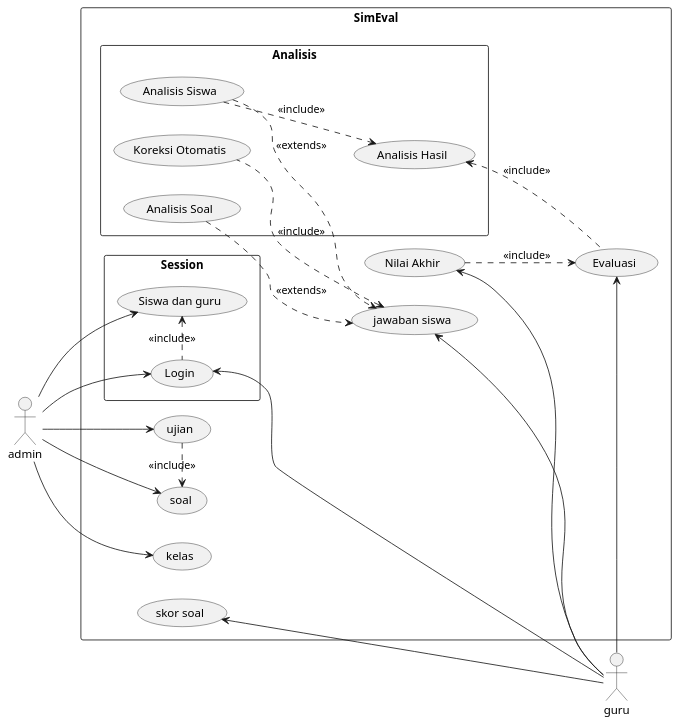
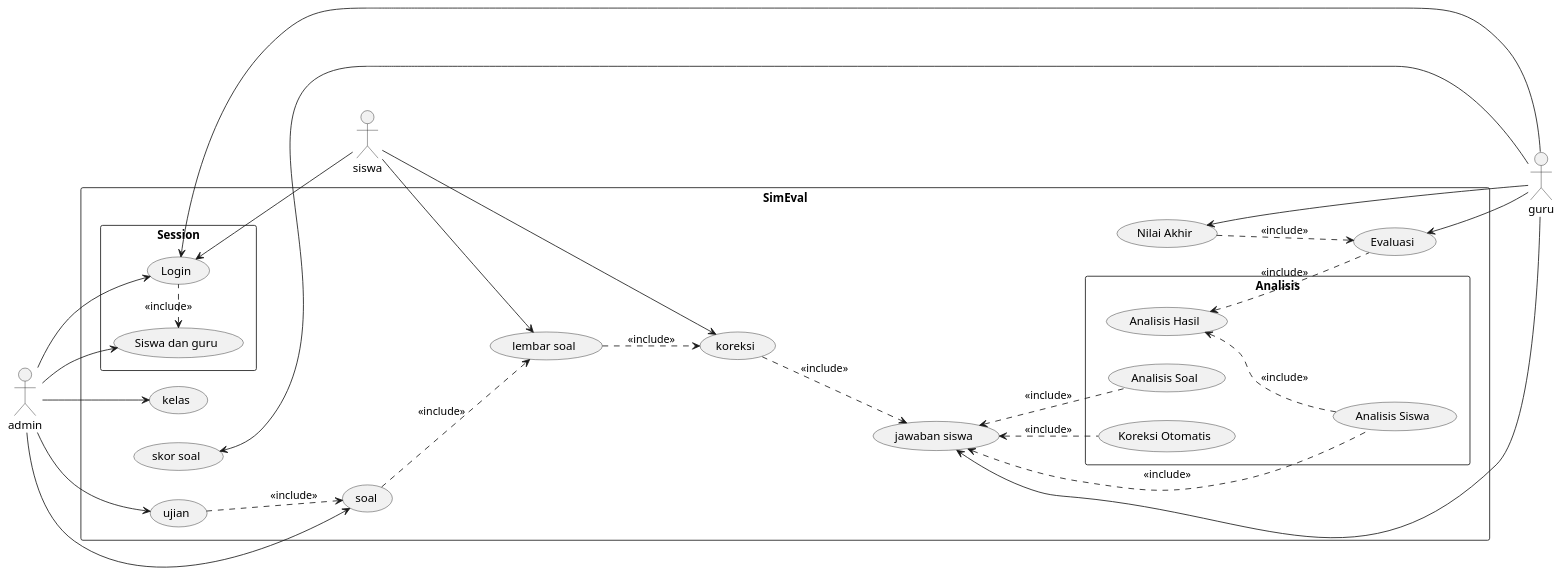
Before and after one commit to arrosyid/SIM-Eval: the diagram in uml.wsd, drawn with PlantUML.

Commit message:
update new database

```diff
--- a/uml.wsd
+++ b/uml.wsd
@@ -1,44 +1,56 @@
-@startuml usecase
+@startuml
 left to right direction
 skinparam packageStyle rectangle
-actor admin
-actor guru
+actor admin as UC1
+actor guru as UC2
+actor siswa as UC3
 rectangle SimEval {
   ' (Siswa dan guru)
   ' (Login)
   ' (kelas)
   ' (soal)
   ' (ujian)
   ' (jawaban siswa)
   ' (skor soal)
   ' (Koreksi Otomatis)
   ' (Analisis Soal)
   ' (Analisis Siswa)
   ' (Analisis Hasil)
   ' (Evaluasi)
   ' (Nilai Akhir)
+  ' (lembar soal)
+  ' (koreksi)
 
   package Session{
-  admin --> (Siswa dan guru)
-  admin --> (Login)
-  (Login) <-- guru
+  UC1 --> (Siswa dan guru)
+  UC1 --> (Login)
+  (Login) <-- UC2
   (Siswa dan guru) <. (Login) : <<include>>
   }
-  admin --> (kelas)
-  admin --> (ujian)
-  admin --> (soal)
-  (ujian) .> (soal) : <<include>>
-  (jawaban siswa) <-- guru
-  (skor soal) <-- guru
-  (Nilai Akhir) <-- guru
-  (Evaluasi) <- guru
+  UC1 --> (kelas)
+  UC1 -down-> (ujian)
+  UC1 --> (soal)
+  (ujian) .down.> (soal) : <<include>>
+  (soal) .down.> (lembar soal) : <<include>>
+  (lembar soal) .down.> (koreksi) : <<include>>
+  (koreksi) .down.> (jawaban siswa) : <<include>>
+  (jawaban siswa) <-- UC2
+  (skor soal) <-- UC2
+  (Nilai Akhir) <-- UC2
+  (Evaluasi) <-- UC2
+  UC3 --> (lembar soal) 
+  UC3 -up-> (koreksi)
+  UC3 -up-> (Login)
 
   package Analisis{
-  (jawaban siswa) <.down. (Koreksi Otomatis) : <<include>>
-  (jawaban siswa) <.up. (Analisis Soal) : <<extends>>
-  (jawaban siswa) <.up. (Analisis Siswa) : <<extends>>
-  (Analisis Siswa) .down.> (Analisis Hasil) : <<include>>
-  (Analisis Hasil) <.down. (Evaluasi) : <<include>>
-  (Nilai Akhir) .down.> (Evaluasi) : <<include>>
+  ' (jawaban siswa) <.. (Koreksi Otomatis) : <<include>>
+  ' (jawaban siswa) <.. (Analisis Soal) : <<extends>>
+  ' (jawaban siswa) <.. (Analisis Siswa) : <<extends>>
+  (Koreksi Otomatis) .up.> (jawaban siswa) : <<include>>
+  (Analisis Soal) .up.> (jawaban siswa) : <<include>>
+  (Analisis Siswa) .up.> (jawaban siswa) : <<include>>
+  (Analisis Siswa) .up.> (Analisis Hasil) : <<include>>
+  (Evaluasi) .up.> (Analisis Hasil) : <<include>>
+  (Nilai Akhir) ..> (Evaluasi) : <<include>>
 }
 @enduml
```
